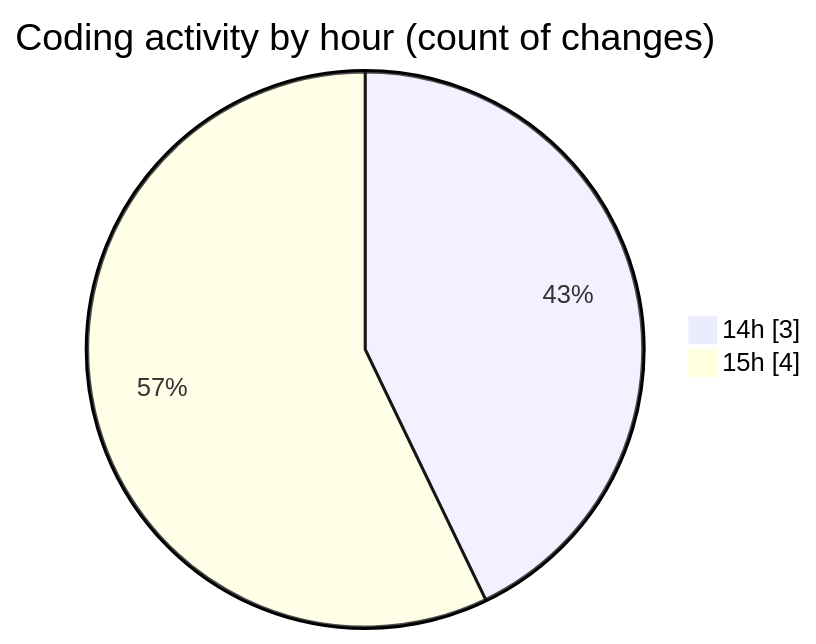
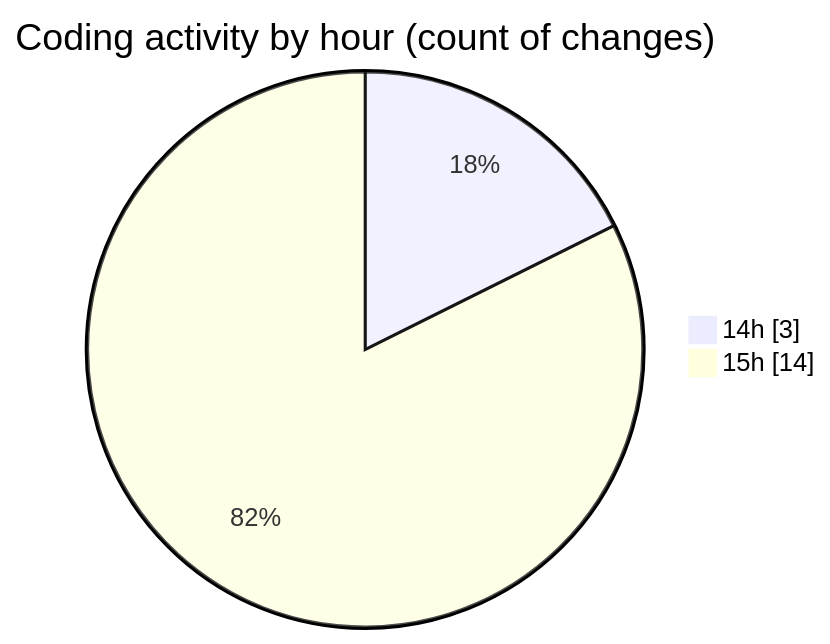
One commit to Ritupan-Deka/code-tracking changed the second of 2 diagrams in 2025-06-25/scopecraft/README.md. Above: the diagram before and after it, drawn with Mermaid. The commit also changed other lines of this file and 1 other file, not shown here.

````diff
--- a/2025-06-25/scopecraft/README.md
+++ b/2025-06-25/scopecraft/README.md
@@ -34,6 +35,6 @@
 ```mermaid
 pie showData
 title Coding activity by hour (count of changes)
 "14h" : 3
-"15h" : 4
+"15h" : 14
 ```
````
